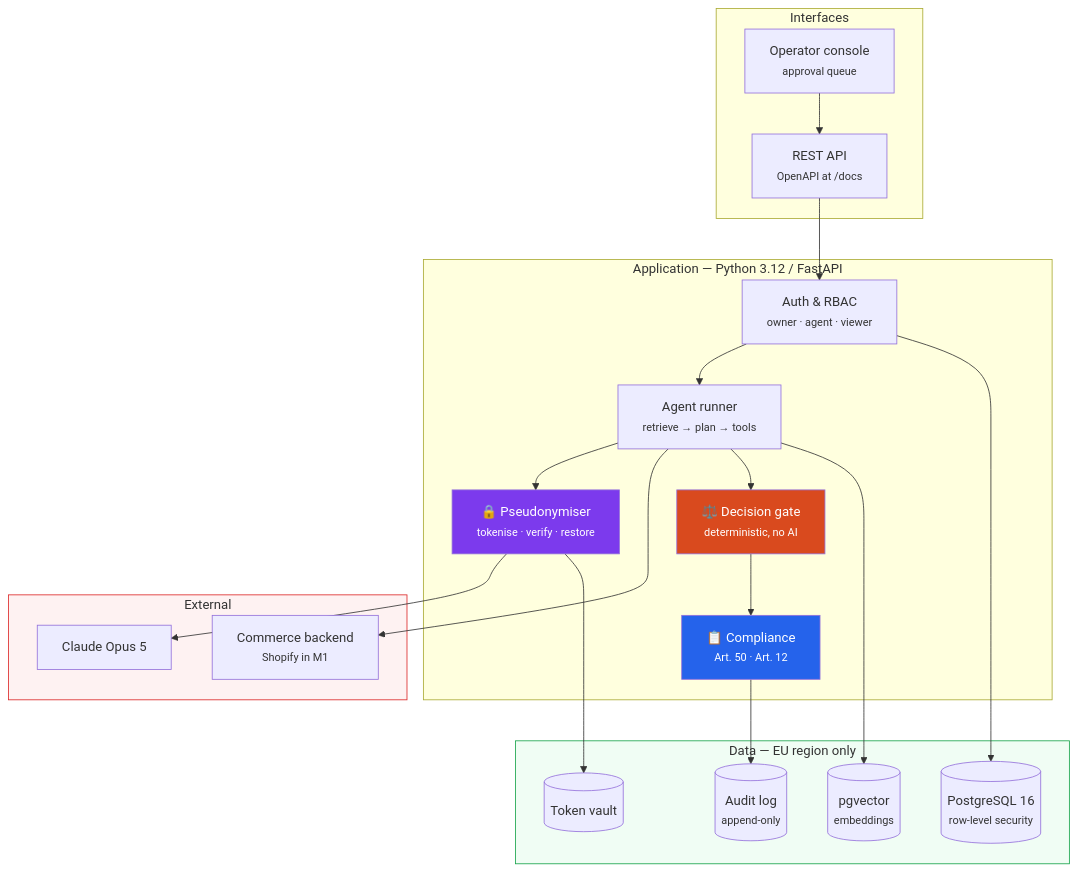
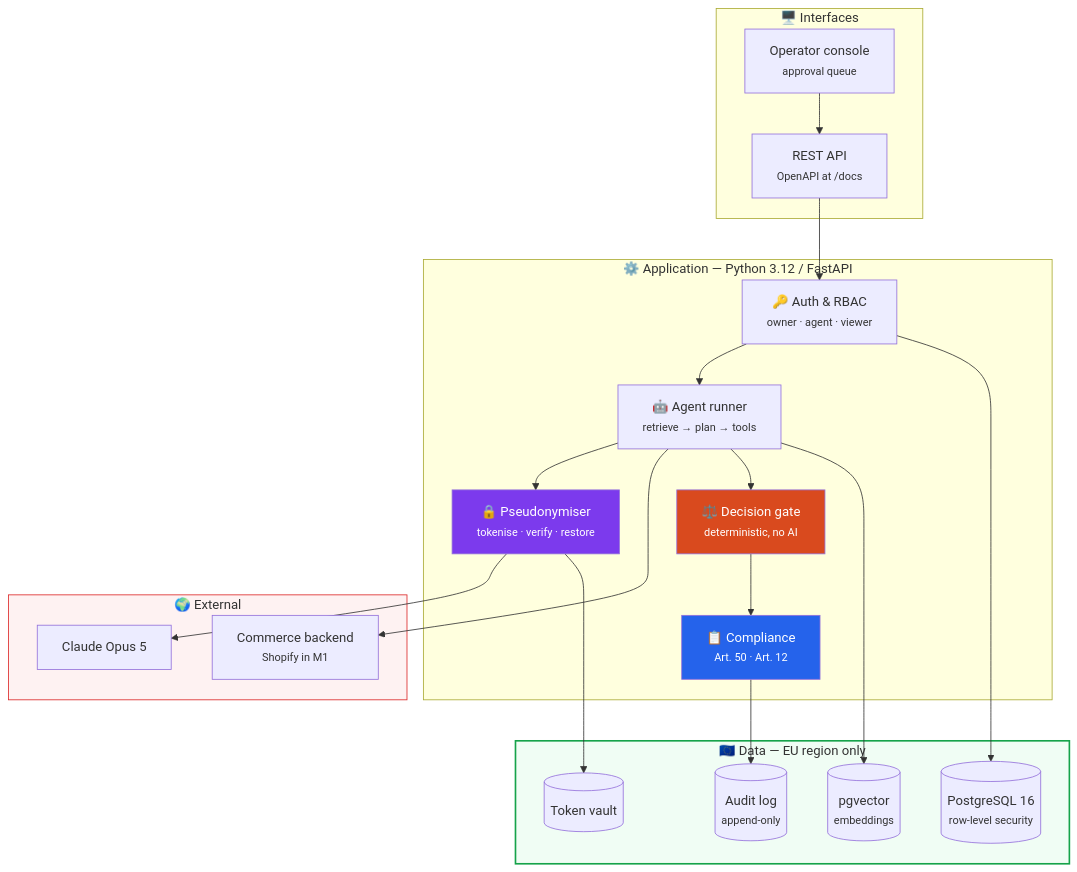
The sixth of 14 diagrams in README.md (ejazfahil/Universal_Sales_Agent_Multi_Tenant), drawn with Mermaid before and after one commit. The commit also changed other lines of this file, not shown here.

````diff
--- a/README.md
+++ b/README.md
@@ -192,42 +286,42 @@
 ```mermaid
 flowchart TB
-    subgraph client["Interfaces"]
+    subgraph client["🖥️ Interfaces"]
         UI["Operator console<br/><small>approval queue</small>"]
         API["REST API<br/><small>OpenAPI at /docs</small>"]
     end
 
-    subgraph core["Application — Python 3.12 / FastAPI"]
-        AUTH["Auth &amp; RBAC<br/><small>owner · agent · viewer</small>"]
-        RUN["Agent runner<br/><small>retrieve → plan → tools</small>"]
+    subgraph core["⚙️ Application — Python 3.12 / FastAPI"]
+        AUTH["🔑 Auth &amp; RBAC<br/><small>owner · agent · viewer</small>"]
+        RUN["🤖 Agent runner<br/><small>retrieve → plan → tools</small>"]
         GATE["⚖️ Decision gate<br/><small>deterministic, no AI</small>"]
         PRIV["🔒 Pseudonymiser<br/><small>tokenise · verify · restore</small>"]
         COMP["📋 Compliance<br/><small>Art. 50 · Art. 12</small>"]
     end
 
-    subgraph data["Data — EU region only"]
+    subgraph data["🇪🇺 Data — EU region only"]
         PG[("PostgreSQL 16<br/><small>row-level security</small>")]
         VEC[("pgvector<br/><small>embeddings</small>")]
         VAULT[("Token vault")]
         AUD[("Audit log<br/><small>append-only</small>")]
     end
 
-    subgraph ext["External"]
+    subgraph ext["🌍 External"]
         CLAUDE["Claude Opus 5"]
         SHOP["Commerce backend<br/><small>Shopify in M1</small>"]
     end
 
     UI --> API --> AUTH --> RUN
     RUN --> PRIV --> CLAUDE
     RUN --> SHOP
     RUN --> GATE
     GATE --> COMP --> AUD
     AUTH --> PG
     RUN --> VEC
     PRIV --> VAULT
 
     style GATE fill:#D94A1E,color:#fff
     style PRIV fill:#7C3AED,color:#fff
     style COMP fill:#2563EB,color:#fff
-    style data fill:#F0FDF4,stroke:#16A34A
+    style data fill:#F0FDF4,stroke:#16A34A,stroke-width:2px
     style ext fill:#FEF2F2,stroke:#DC2626
 ```
````
